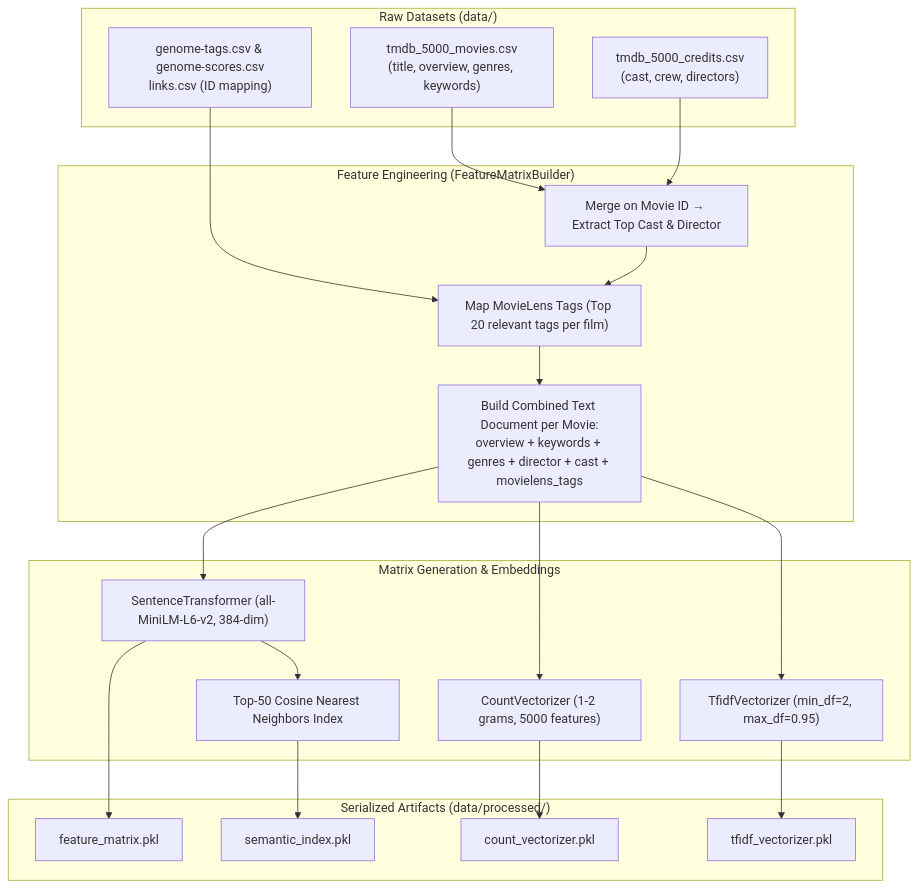
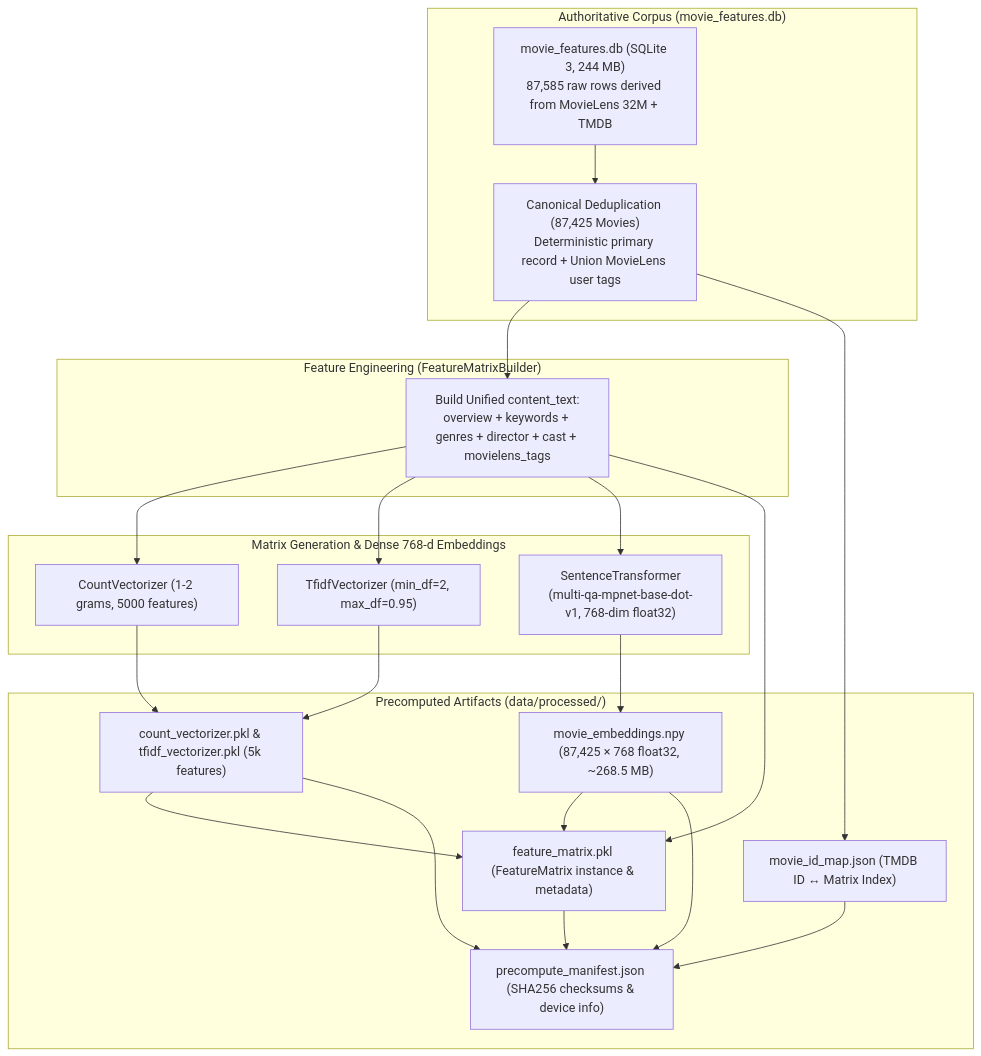
One commit to LiliesInLakes/techquest changed the fourth of 4 diagrams in ARCHITECTURE.md. Above: the diagram before and after it, drawn with Mermaid. The commit also changed other lines of this file and 70 other files, not shown here.

````diff
--- a/ARCHITECTURE.md
+++ b/ARCHITECTURE.md
@@ -222,37 +261,33 @@
 ```mermaid
 flowchart TD
-    subgraph RawData ["Raw Datasets (data/)"]
-        TMDBMovies["tmdb_5000_movies.csv\n(title, overview, genres, keywords)"]
-        TMDBCredits["tmdb_5000_credits.csv\n(cast, crew, directors)"]
-        MovieLens["genome-tags.csv & genome-scores.csv\nlinks.csv (ID mapping)"]
+    subgraph DatabaseSource ["Authoritative Corpus (movie_features.db)"]
+        SQLiteDB["movie_features.db (SQLite 3, 244 MB)\n87,585 raw rows derived from MovieLens 32M + TMDB"]
+        Canonicalize["Canonical Deduplication (87,425 Movies)\nDeterministic primary record + Union MovieLens user tags"]
     end
 
     subgraph FeatureEngineering ["Feature Engineering (FeatureMatrixBuilder)"]
-        Merge["Merge on Movie ID → Extract Top Cast & Director"]
-        TagJoin["Map MovieLens Tags (Top 20 relevant tags per film)"]
-        CombinedText["Build Combined Text Document per Movie:\noverview + keywords + genres + director + cast + movielens_tags"]
+        ContentText["Build Unified content_text:\noverview + keywords + genres + director + cast + movielens_tags"]
     end
 
-    subgraph Vectorization ["Matrix Generation & Embeddings"]
+    subgraph Vectorization ["Matrix Generation & Dense 768-d Embeddings"]
         CountVec["CountVectorizer (1-2 grams, 5000 features)"]
         TFIDFVec["TfidfVectorizer (min_df=2, max_df=0.95)"]
-        MiniLM["SentenceTransformer (all-MiniLM-L6-v2, 384-dim)"]
-        SemIndex["Top-50 Cosine Nearest Neighbors Index"]
+        MPNetModel["SentenceTransformer\n(multi-qa-mpnet-base-dot-v1, 768-dim float32)"]
     end
 
-    subgraph PickledArtifacts ["Serialized Artifacts (data/processed/)"]
-        P1["feature_matrix.pkl"]
-        P2["semantic_index.pkl"]
-        P3["count_vectorizer.pkl"]
-        P4["tfidf_vectorizer.pkl"]
+    subgraph SerializedArtifacts ["Precomputed Artifacts (data/processed/)"]
+        P1["movie_embeddings.npy (87,425 × 768 float32, ~268.5 MB)"]
+        P2["movie_id_map.json (TMDB ID ↔ Matrix Index)"]
+        P3["count_vectorizer.pkl & tfidf_vectorizer.pkl (5k features)"]
+        P4["feature_matrix.pkl (FeatureMatrix instance & metadata)"]
+        P5["precompute_manifest.json (SHA256 checksums & device info)"]
     end
 
-    TMDBMovies & TMDBCredits --> Merge
-    MovieLens & Merge --> TagJoin
-    TagJoin --> CombinedText
-
-    CombinedText --> CountVec --> P3
-    CombinedText --> TFIDFVec --> P4
-    CombinedText --> MiniLM --> P1
-    MiniLM --> SemIndex --> P2
+    SQLiteDB --> Canonicalize --> ContentText
+    ContentText --> CountVec --> P3
+    ContentText --> TFIDFVec --> P3
+    ContentText --> MPNetModel --> P1
+    Canonicalize --> P2
+    ContentText & P1 & P3 --> P4
+    P1 & P2 & P3 & P4 --> P5
 ```
````
